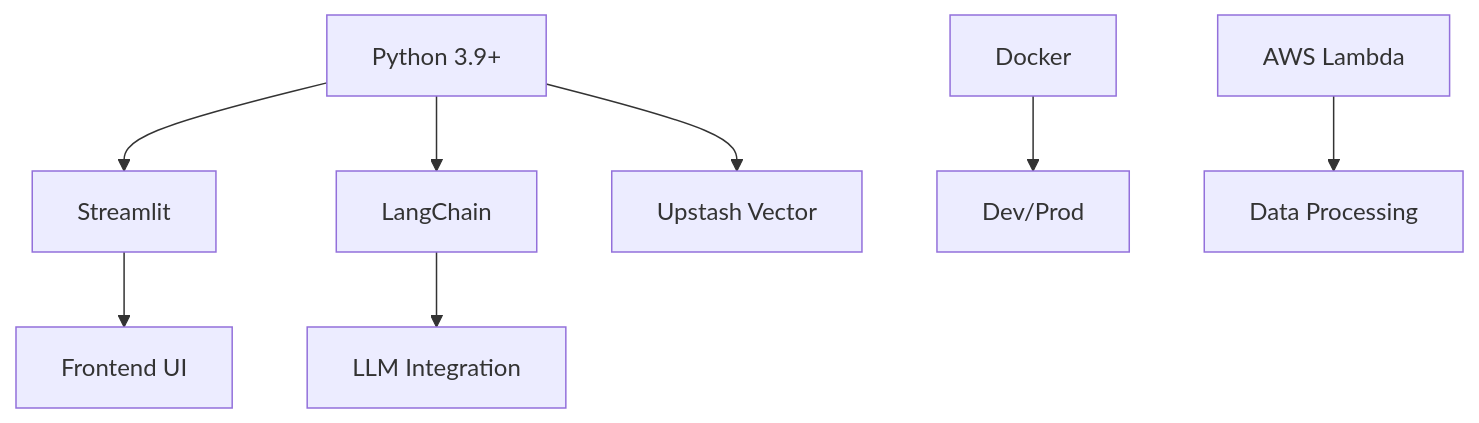
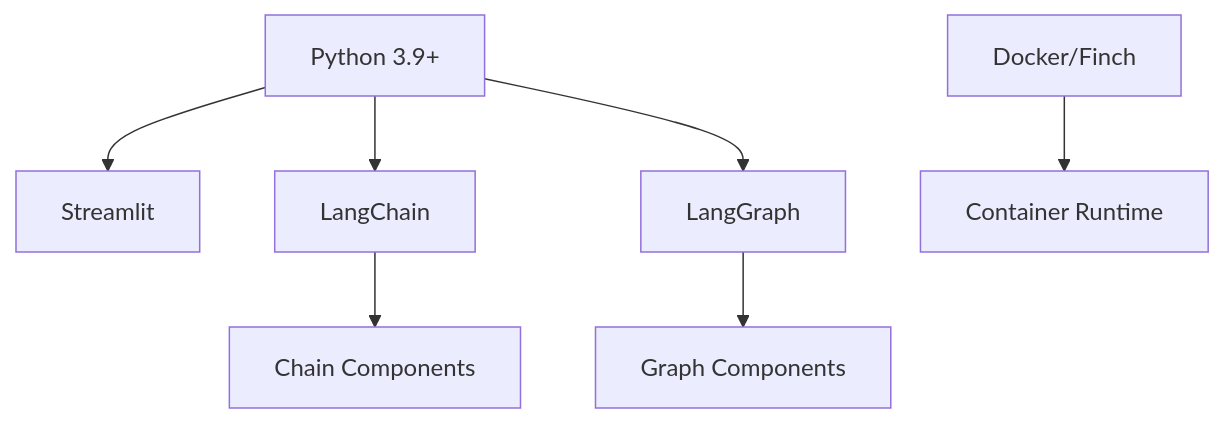
One commit to laialex501/lorechat-container changed the first of 3 diagrams in memory-bank/techContext.md. Above: the diagram before and after it, drawn with Mermaid. The commit also changed other lines of this file and 30 other files, not shown here.

Commit message:
Migrate to use LangGraph and LangChain base classes

````diff
--- a/memory-bank/techContext.md
+++ b/memory-bank/techContext.md
@@ -6,10 +5,11 @@
 ```mermaid
 graph TD
     A[Python 3.9+] --> B[Streamlit]
     A --> C[LangChain]
-    A --> D[Upstash Vector]
-    B --> E[Frontend UI]
-    C --> F[LLM Integration]
-    G[Docker] --> H[Dev/Prod]
-    I[AWS Lambda] --> J[Data Processing]
+    A --> D[LangGraph]
+    
+    C --> E[Chain Components]
+    D --> F[Graph Components]
+    
+    G[Docker/Finch] --> H[Container Runtime]
 ```
````
